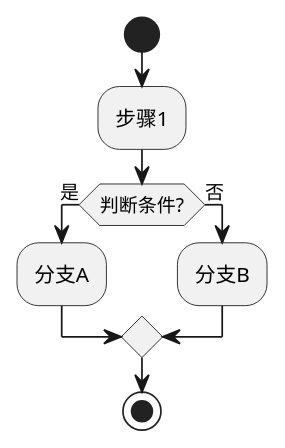
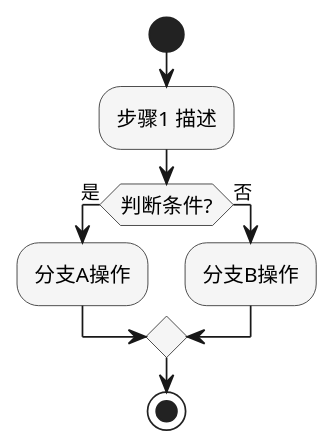
The first of 2 diagrams in src/skills/hyper-designer/functional-refinement/SKILL.md (aiimoyu/hyper-designer), drawn with PlantUML before and after one commit. The commit also changed other lines of this file and 7 other files, not shown here.

````diff
--- a/src/skills/hyper-designer/functional-refinement/SKILL.md
+++ b/src/skills/hyper-designer/functional-refinement/SKILL.md
@@ -72,14 +125,20 @@
 ```plantuml
 @startuml {功能名称}_活动图
+skinparam activity {
+  BackgroundColor #F5F5F5
+  BorderColor #333333
+  FontSize 12
+}
+
 start
-:步骤1;
+:步骤1 描述;
 
 if (判断条件?) then (是)
-  :分支A;
+  :分支A操作;
 else (否)
-  :分支B;
+  :分支B操作;
 endif
 
 stop
 @enduml
 ```
````
